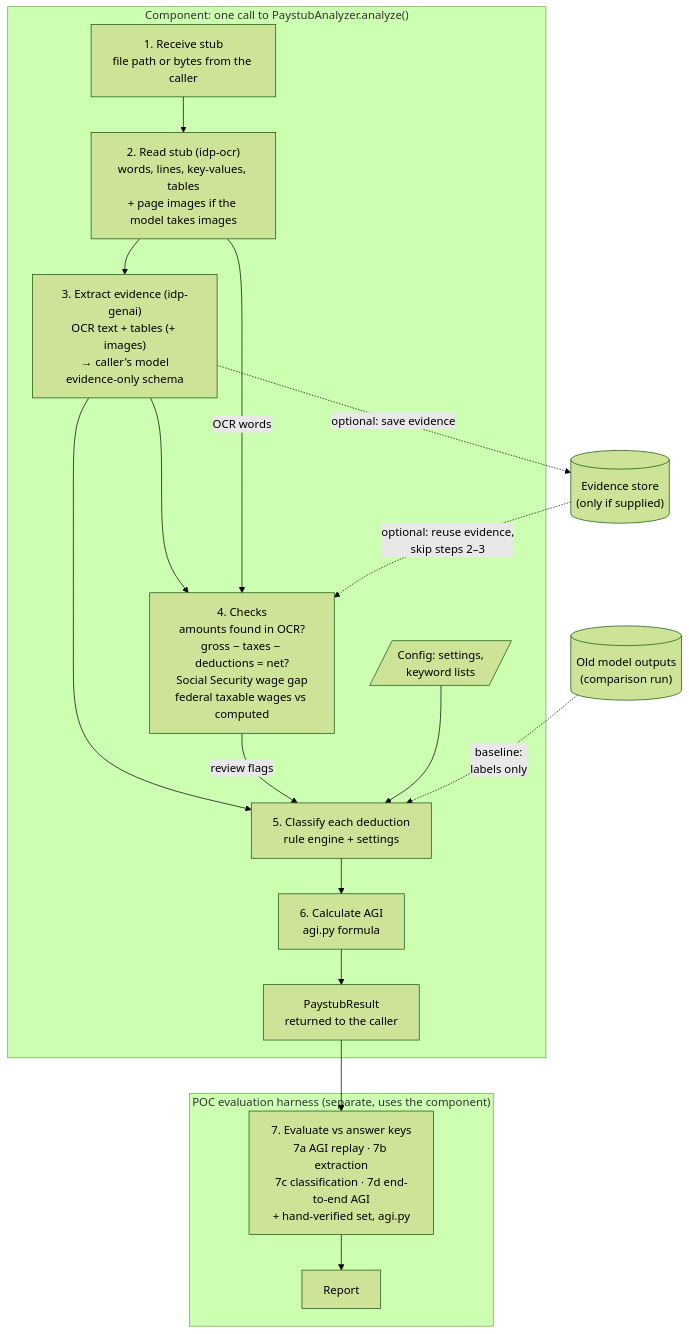
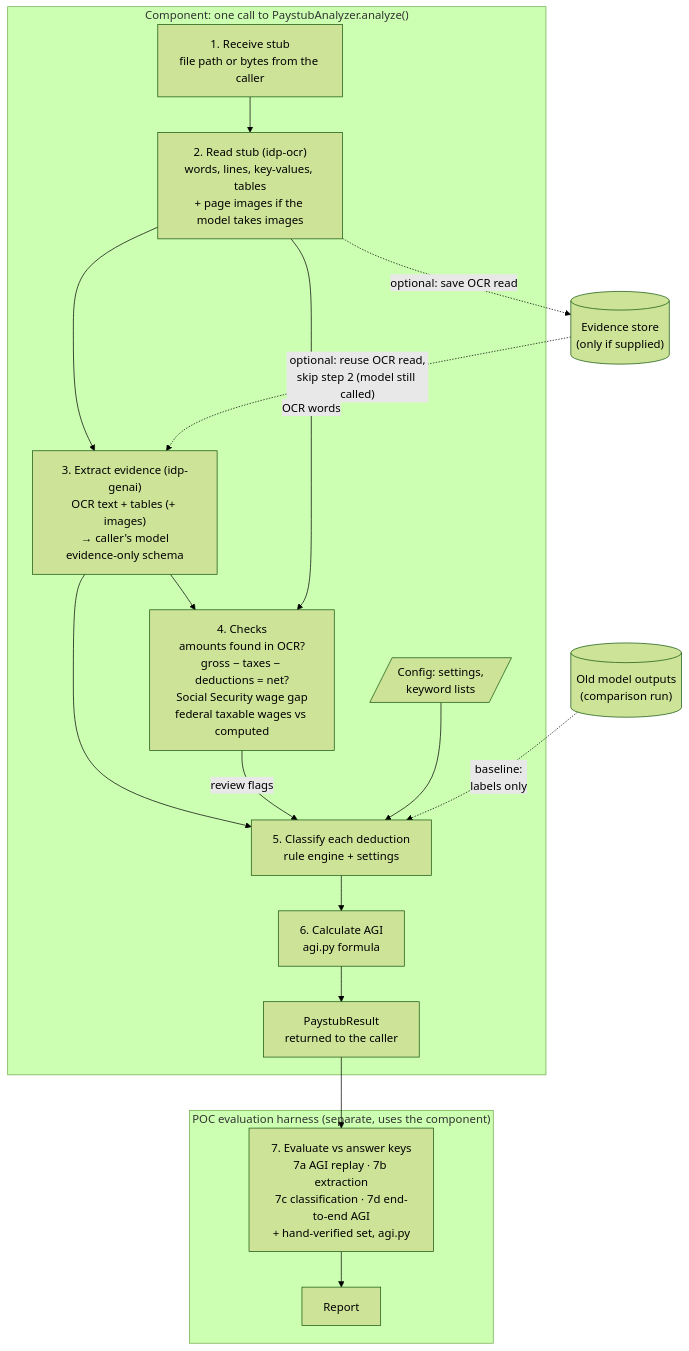
One commit to 486578/idp-paystub-poc changed the second of 3 diagrams in docs/architecture.md. Above: the diagram before and after it, drawn with Mermaid (forest theme). The commit also changed other lines of this file and 1 other file, not shown here.

Commit message:
Architecture: the store keeps only OCR reads; the model is called every run (DL-039)

````diff
--- a/docs/architecture.md
+++ b/docs/architecture.md
@@ -124,23 +124,23 @@
 ```mermaid
 flowchart TD
     subgraph COMP["Component: one call to PaystubAnalyzer.analyze()"]
         A["1. Receive stub<br/>file path or bytes from the caller"] --> B["2. Read stub (idp-ocr)<br/>words, lines, key-values, tables<br/>+ page images if the model takes images"]
         B --> C["3. Extract evidence (idp-genai)<br/>OCR text + tables (+ images)<br/>→ caller's model<br/>evidence-only schema"]
         C --> E["4. Checks<br/>amounts found in OCR?<br/>gross − taxes − deductions = net?<br/>Social Security wage gap<br/>federal taxable wages vs computed"]
         B -- OCR words --> E
         C --> F["5. Classify each deduction<br/>rule engine + settings"]
         E -- review flags --> F
         S[/"Config: settings,<br/>keyword lists"/] --> F
         F --> G["6. Calculate AGI<br/>agi.py formula"]
         G --> RES["PaystubResult<br/>returned to the caller"]
     end
 
-    C -. "optional: save evidence" .-> ST[("Evidence store<br/>(only if supplied)")]
-    ST -. "optional: reuse evidence,<br/>skip steps 2–3" .-> E
+    B -. "optional: save OCR read" .-> ST[("Evidence store<br/>(only if supplied)")]
+    ST -. "optional: reuse OCR read,<br/>skip step 2 (model still called)" .-> C
 
     subgraph EVAL["POC evaluation harness (separate, uses the component)"]
         H["7. Evaluate vs answer keys<br/>7a AGI replay · 7b extraction<br/>7c classification · 7d end-to-end AGI<br/>+ hand-verified set, agi.py"] --> R["Report"]
     end
     RES --> H
     OLD[("Old model outputs<br/>(comparison run)")] -. "baseline:<br/>labels only" .-> F
 ```
````
